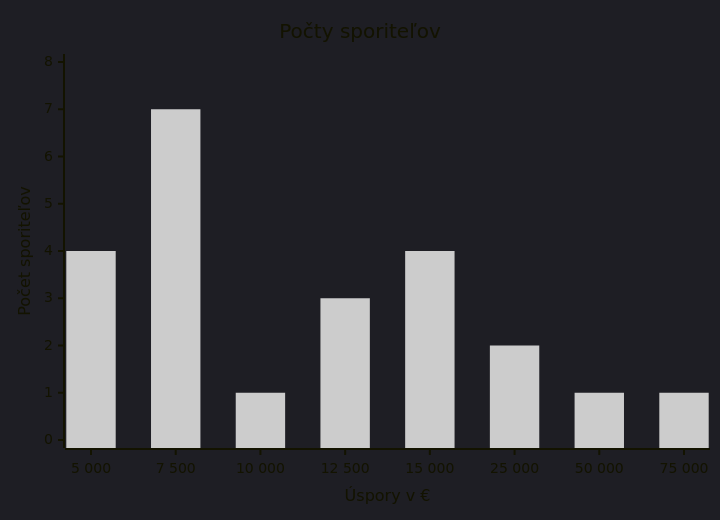
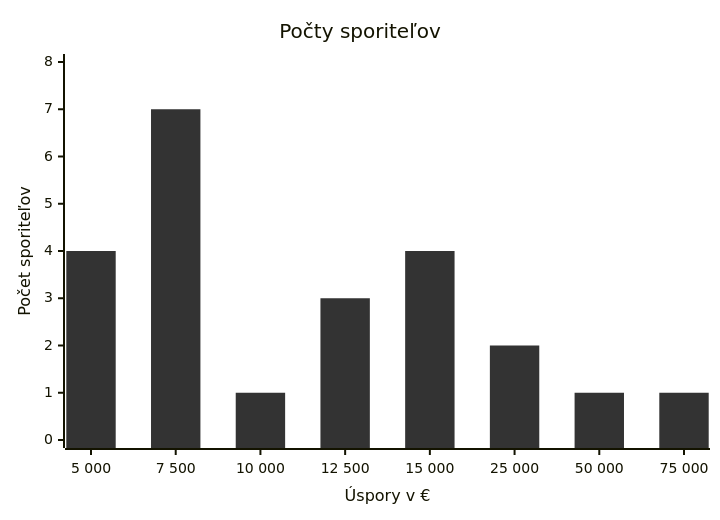
One commit to vyrvamarek/maturita-mat changed the diagram in zadania/zadania.md. Above: the diagram before and after it, drawn with Mermaid. The commit also changed other lines of this file, not shown here.

Commit message:
github latex parser for progressions test 7

````diff
--- a/zadania/zadania.md
+++ b/zadania/zadania.md
@@ -234,8 +234,8 @@
 ```mermaid
-%%{init: { 'theme': 'dark', 'themeVariables': { 'background': 'transparent', 'xyChart': {'backgroundColor': 'transparent', 'plotColorPalette': '#00000'} } }}%%
+%%{init: { 'theme': 'white', 'themeVariables': { 'background': 'transparent', 'xyChart': {'backgroundColor': 'transparent', 'plotColorPalette': '#00000'} } }}%%
 xychart-beta
     title "Počty sporiteľov"
     x-axis "Úspory v €" ["5 000", "7 500", "10 000", "12 500", "15 000", "25 000", "50 000", "75 000"]
     y-axis "Počet sporiteľov" 0 --> 8
     bar [4, 7, 1, 3, 4, 2, 1, 1]
 ```
````
